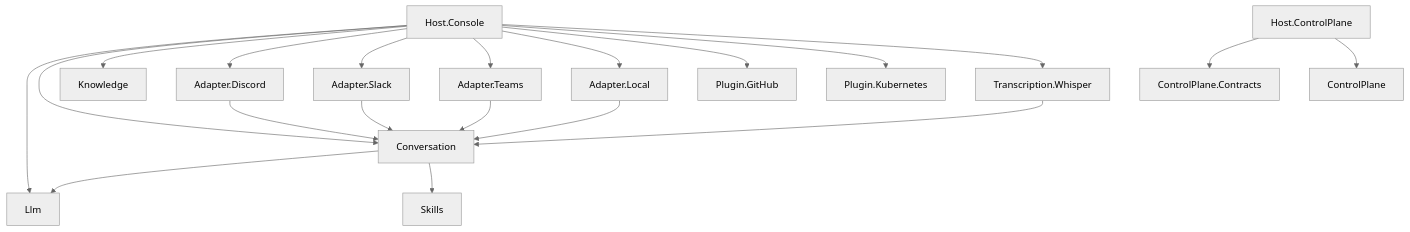
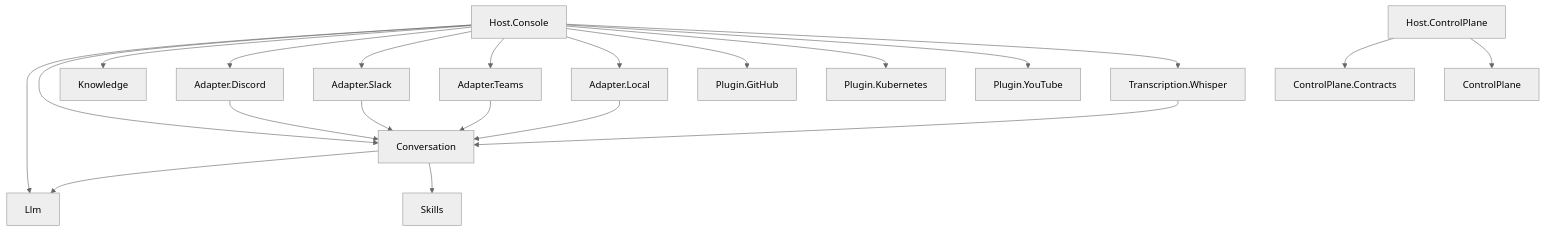
The diagram in vault/pages/architecture/project-map.md (vitorafgomes/scout), drawn with Mermaid (neutral theme) before and after one commit. The commit also changed other lines of this file and 81 other files, not shown here.

````diff
--- a/vault/pages/architecture/project-map.md
+++ b/vault/pages/architecture/project-map.md
@@ -40,22 +41,23 @@
 ```mermaid
 flowchart TD
     HC[Host.Console] --> Llm
     HC --> Conversation
     HC --> Knowledge
     HC --> Discord[Adapter.Discord]
     HC --> Slack[Adapter.Slack]
     HC --> Teams[Adapter.Teams]
     HC --> Local[Adapter.Local]
     HC --> GH[Plugin.GitHub]
     HC --> K8S[Plugin.Kubernetes]
+    HC --> YT[Plugin.YouTube]
     HC --> Whisper[Transcription.Whisper]
     Whisper --> Conversation
     Conversation --> Llm
     Conversation --> Skills
     Discord --> Conversation
     Slack --> Conversation
     Teams --> Conversation
     Local --> Conversation
     HCP[Host.ControlPlane] --> Contracts[ControlPlane.Contracts]
     HCP --> CP[ControlPlane]
 ```
````
